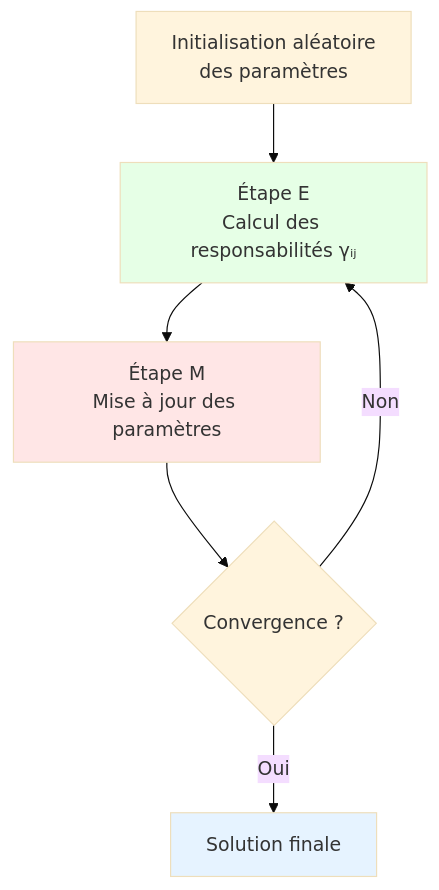
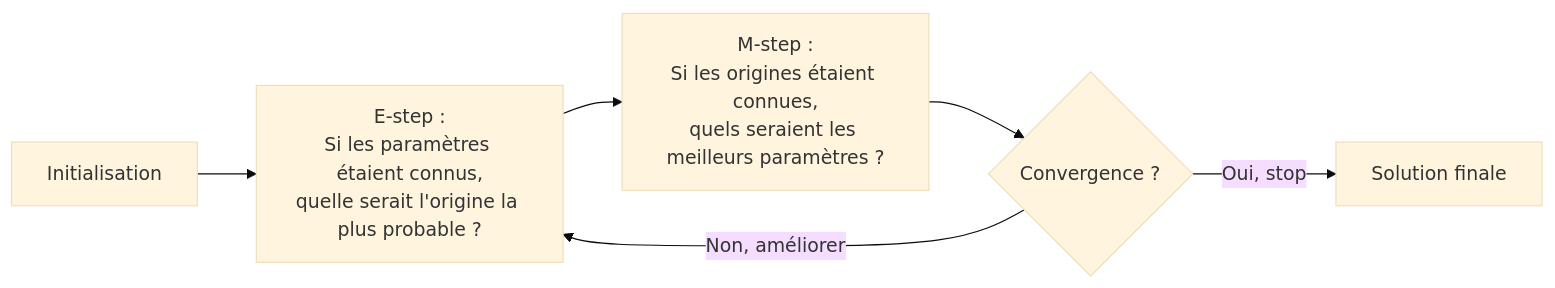
The second of 4 diagrams in fr/ds6s1.qmd (Arkanthara/data_science), drawn with Mermaid (base theme) before and after one commit. The commit also changed other lines of this file and 12 other files, not shown here.

````diff
--- a/fr/ds6s1.qmd
+++ b/fr/ds6s1.qmd
@@ -107,12 +56,8 @@
 ```{mermaid}
-graph TD
-    A[Initialisation aléatoire<br/>des paramètres] --> B[Étape E<br/>Calcul des responsabilités γᵢⱼ]
-    B --> C[Étape M<br/>Mise à jour des paramètres]
+flowchart LR
+    A[Initialisation] --> B["E-step :<br/>Si les paramètres étaient connus,<br/>quelle serait l'origine la plus probable ?"]
+    B --> C["M-step :<br/>Si les origines étaient connues,<br/>quels seraient les meilleurs paramètres ?"]
     C --> D{Convergence ?}
-    D -->|Non| B
-    D -->|Oui| E[Solution finale]
-    
-    style B fill:#e6ffe6
-    style C fill:#ffe6e6
-    style E fill:#e6f3ff
+    D -->|Non, améliorer| B
+    D -->|Oui, stop| E[Solution finale]
 ```
````
